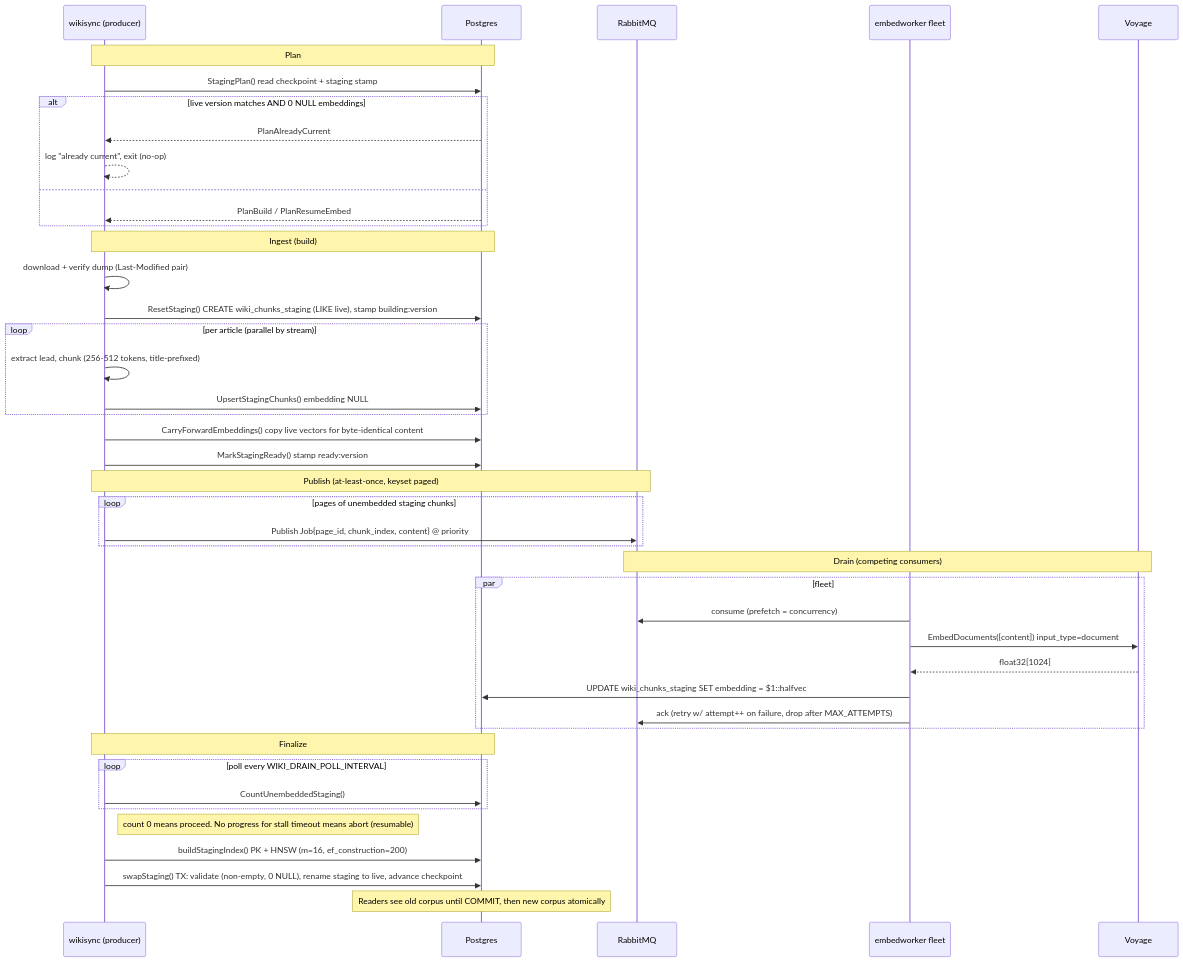
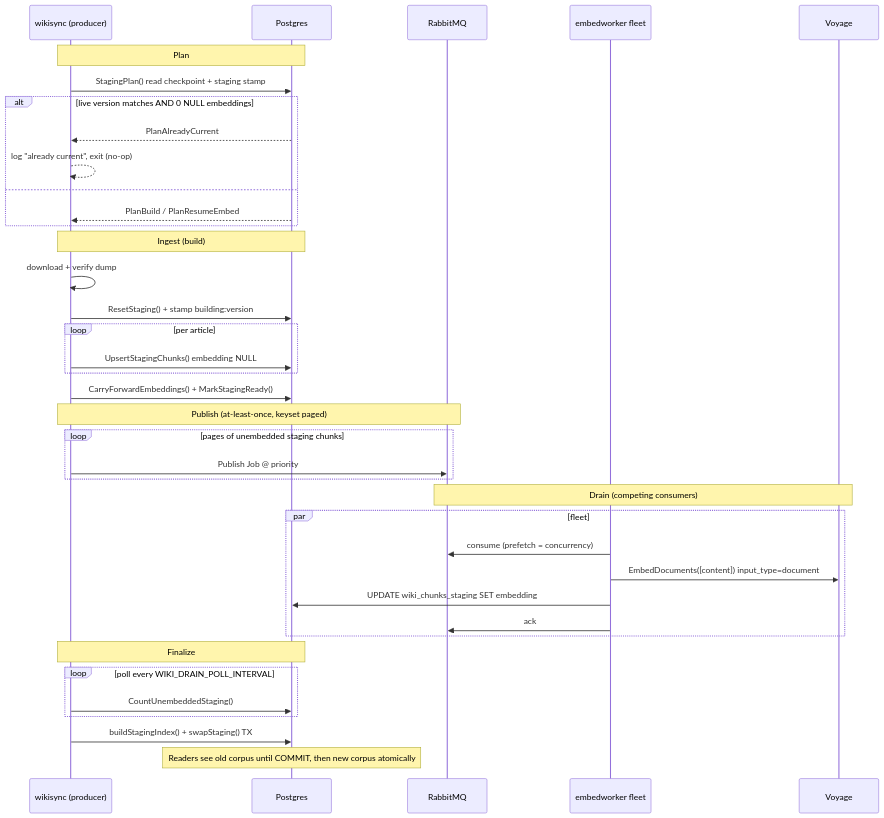
Before and after one commit to verovec/truth-in-stream: the fourth of 7 diagrams in docs/ingestion-pipeline.md, drawn with Mermaid. The commit also changed other lines of this file, not shown here.

First line of the commit message:
docs: rewrite ingestion pipeline to target (dump + crawl + gate)

````diff
--- a/docs/ingestion-pipeline.md
+++ b/docs/ingestion-pipeline.md
@@ -108,50 +199,41 @@
 ```mermaid
 sequenceDiagram
     participant S as wikisync (producer)
     participant DB as Postgres
     participant Q as RabbitMQ
     participant W as embedworker fleet
     participant Vy as Voyage
 
     Note over S,DB: Plan
     S->>DB: StagingPlan() read checkpoint + staging stamp
     alt live version matches AND 0 NULL embeddings
         DB-->>S: PlanAlreadyCurrent
         S-->>S: log "already current", exit (no-op)
     else
         DB-->>S: PlanBuild / PlanResumeEmbed
     end
-
     Note over S,DB: Ingest (build)
-    S->>S: download + verify dump (Last-Modified pair)
-    S->>DB: ResetStaging() CREATE wiki_chunks_staging (LIKE live), stamp building:version
-    loop per article (parallel by stream)
-        S->>S: extract lead, chunk (256-512 tokens, title-prefixed)
+    S->>S: download + verify dump
+    S->>DB: ResetStaging() + stamp building:version
+    loop per article
         S->>DB: UpsertStagingChunks() embedding NULL
     end
-    S->>DB: CarryForwardEmbeddings() copy live vectors for byte-identical content
-    S->>DB: MarkStagingReady() stamp ready:version
-
+    S->>DB: CarryForwardEmbeddings() + MarkStagingReady()
     Note over S,Q: Publish (at-least-once, keyset paged)
     loop pages of unembedded staging chunks
-        S->>Q: Publish Job{page_id, chunk_index, content} @ priority
+        S->>Q: Publish Job @ priority
     end
-
     Note over Q,Vy: Drain (competing consumers)
     par fleet
         W->>Q: consume (prefetch = concurrency)
         W->>Vy: EmbedDocuments([content]) input_type=document
-        Vy-->>W: float32[1024]
-        W->>DB: UPDATE wiki_chunks_staging SET embedding = $1::halfvec
-        W->>Q: ack (retry w/ attempt++ on failure, drop after MAX_ATTEMPTS)
+        W->>DB: UPDATE wiki_chunks_staging SET embedding
+        W->>Q: ack
     end
-
     Note over S,DB: Finalize
     loop poll every WIKI_DRAIN_POLL_INTERVAL
         S->>DB: CountUnembeddedStaging()
     end
-    Note right of S: count 0 means proceed. No progress for stall timeout means abort (resumable)
-    S->>DB: buildStagingIndex() PK + HNSW (m=16, ef_construction=200)
-    S->>DB: swapStaging() TX: validate (non-empty, 0 NULL), rename staging to live, advance checkpoint
+    S->>DB: buildStagingIndex() + swapStaging() TX
     Note over DB: Readers see old corpus until COMMIT, then new corpus atomically
 ```
````
